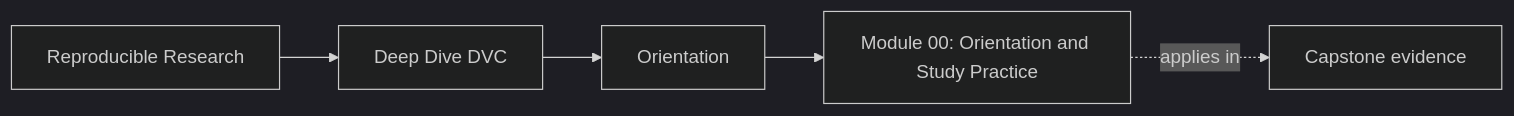
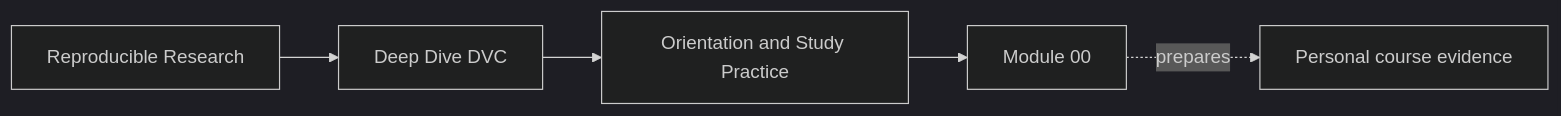
One commit to bijux/bijux-masterclass changed the first of 3 diagrams in programs/reproducible-research/deep-dive-dvc/course-book/module-00-orientation/index.md. Above: the diagram before and after it, drawn with Mermaid (dark theme). The commit also changed other lines of this file, not shown here.

Commit message:
docs(dvc): establish the independent study contract

````diff
--- a/programs/reproducible-research/deep-dive-dvc/course-book/module-00-orientation/index.md
+++ b/programs/reproducible-research/deep-dive-dvc/course-book/module-00-orientation/index.md
@@ -6,11 +6,11 @@
 ```mermaid
 graph LR
   family["Reproducible Research"]
   program["Deep Dive DVC"]
-  section["Orientation"]
-  page["Module 00: Orientation and Study Practice"]
-  capstone["Capstone evidence"]
+  section["Orientation and Study Practice"]
+  page["Module 00"]
+  packet["Personal course evidence"]
 
   family --> program --> section --> page
-  page -.applies in.-> capstone
+  page -.prepares.-> packet
 ```
````
